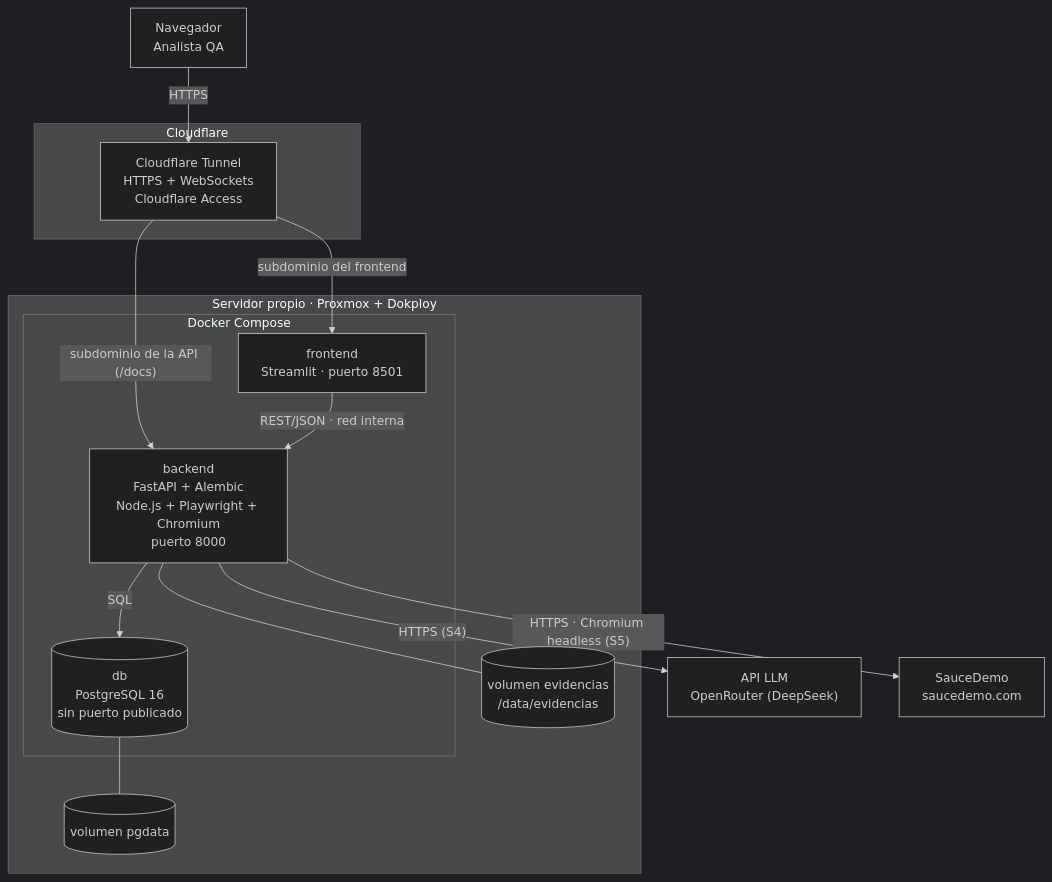
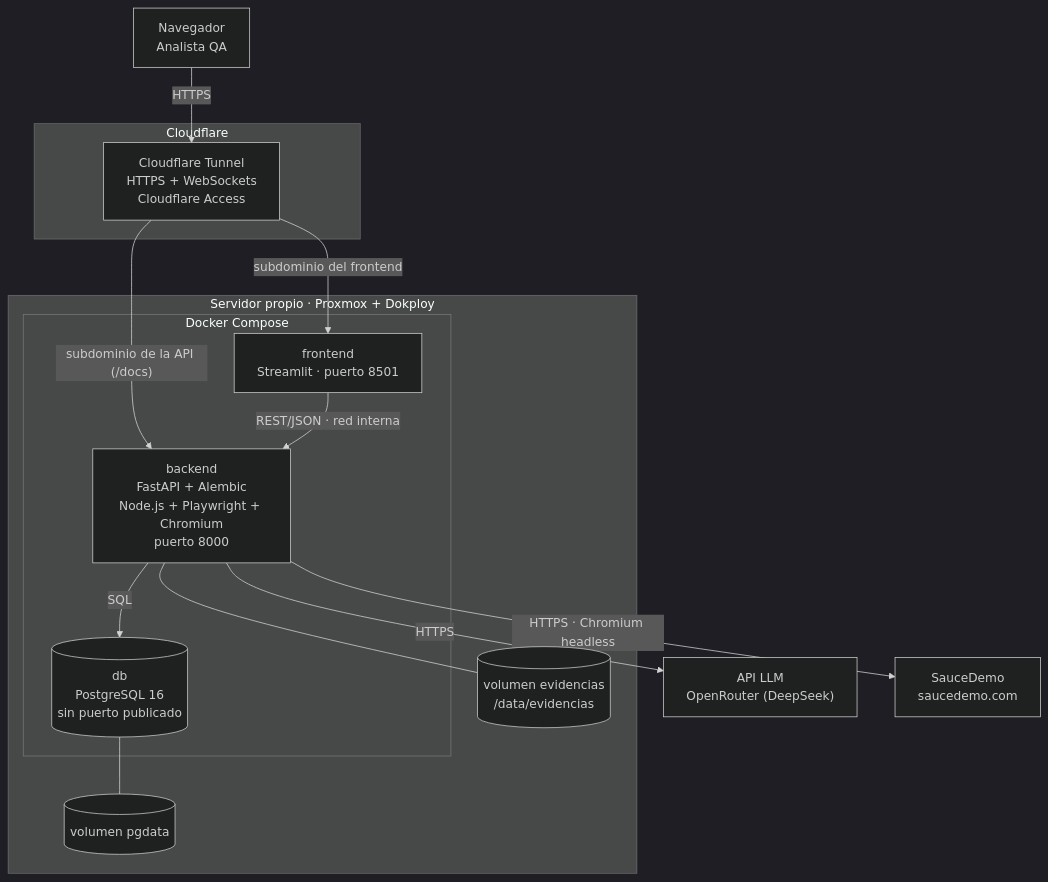
The diagram in docs/uml/despliegue.md (odremano/QACopilot), drawn with Mermaid (dark theme) before and after one commit. The commit also changed 5 other files, not shown here.

First line of the commit message:
docs: bitácora S5, diagrama de secuencia de la ejecución y README actualizado

````diff
--- a/docs/uml/despliegue.md
+++ b/docs/uml/despliegue.md
@@ -5,31 +5,31 @@
 ```mermaid
 flowchart TB
     nav["Navegador<br/>Analista QA"]
 
     subgraph cloudflare["Cloudflare"]
         tunel["Cloudflare Tunnel<br/>HTTPS + WebSockets<br/>Cloudflare Access"]
     end
 
     subgraph servidor["Servidor propio · Proxmox + Dokploy"]
         subgraph compose["Docker Compose"]
             fe["frontend<br/>Streamlit · puerto 8501"]
             be["backend<br/>FastAPI + Alembic<br/>Node.js + Playwright + Chromium<br/>puerto 8000"]
             db[("db<br/>PostgreSQL 16<br/>sin puerto publicado")]
         end
         pgdata[("volumen pgdata")]
         evidencias[("volumen evidencias<br/>/data/evidencias")]
     end
 
     llm["API LLM<br/>OpenRouter (DeepSeek)"]
     sut["SauceDemo<br/>saucedemo.com"]
 
     nav -->|HTTPS| tunel
     tunel -->|"subdominio del frontend"| fe
     tunel -->|"subdominio de la API (/docs)"| be
     fe -->|"REST/JSON · red interna"| be
     be -->|SQL| db
     db --- pgdata
     be --- evidencias
-    be -->|"HTTPS (S4)"| llm
-    be -->|"HTTPS · Chromium headless (S5)"| sut
+    be -->|HTTPS| llm
+    be -->|"HTTPS · Chromium headless"| sut
 ```
````
